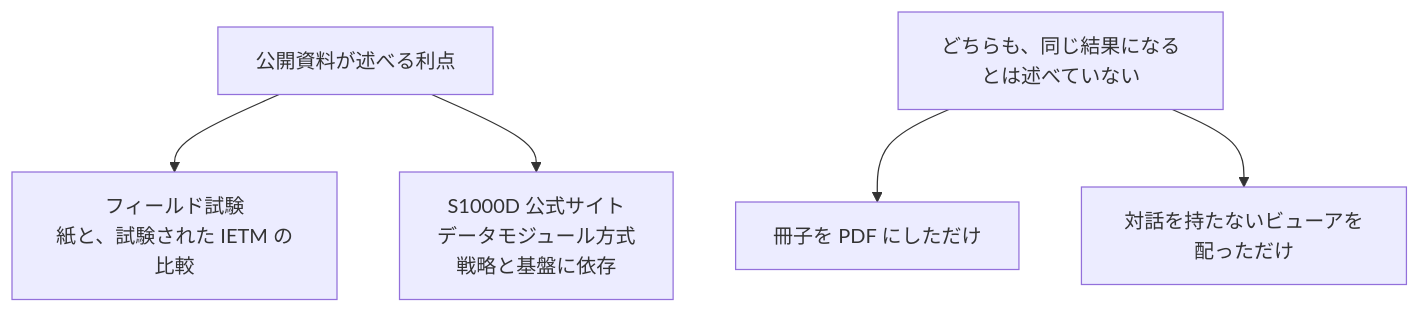
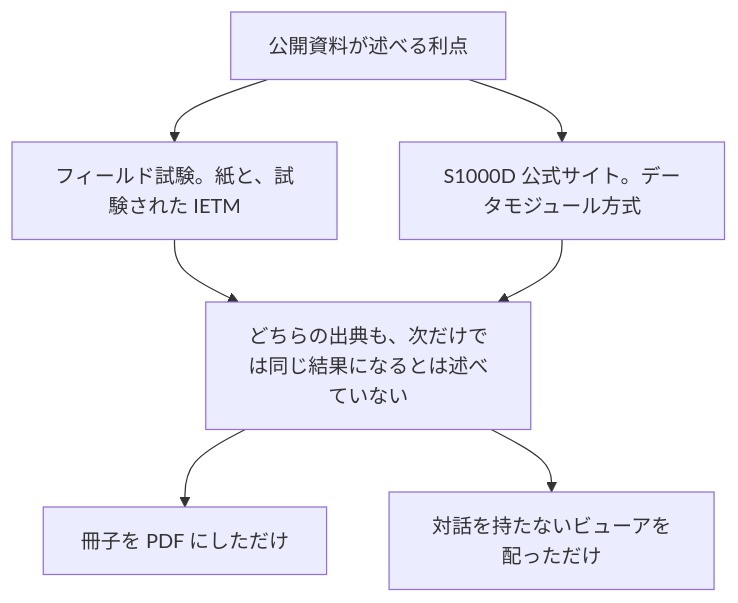
Before and after one commit to shuji-bonji/zenn-articles: the diagram in books/ietm-overview/benefits-and-considerations.md, drawn with Mermaid. The commit also changed other lines of this file and 6 other files, not shown here.

````diff
--- a/books/ietm-overview/benefits-and-considerations.md
+++ b/books/ietm-overview/benefits-and-considerations.md
@@ -17,7 +17,9 @@
 ```mermaid
 flowchart TB
-  A["公開資料が述べる利点"] --> B["フィールド試験<br/>紙と、試験された IETM の比較"]
-  A --> C["S1000D 公式サイト<br/>データモジュール方式<br/>戦略と基盤に依存"]
-  D["どちらも、同じ結果になるとは述べていない"] --> E["冊子を PDF にしただけ"]
-  D --> F["対話を持たないビューアを配っただけ"]
+  A["公開資料が述べる利点"] --> B["フィールド試験。紙と、試験された IETM"]
+  A --> C["S1000D 公式サイト。データモジュール方式"]
+  B --> N["どちらの出典も、次だけでは同じ結果になるとは述べていない"]
+  C --> N
+  N --> E["冊子を PDF にしただけ"]
+  N --> F["対話を持たないビューアを配っただけ"]
 ```
````
